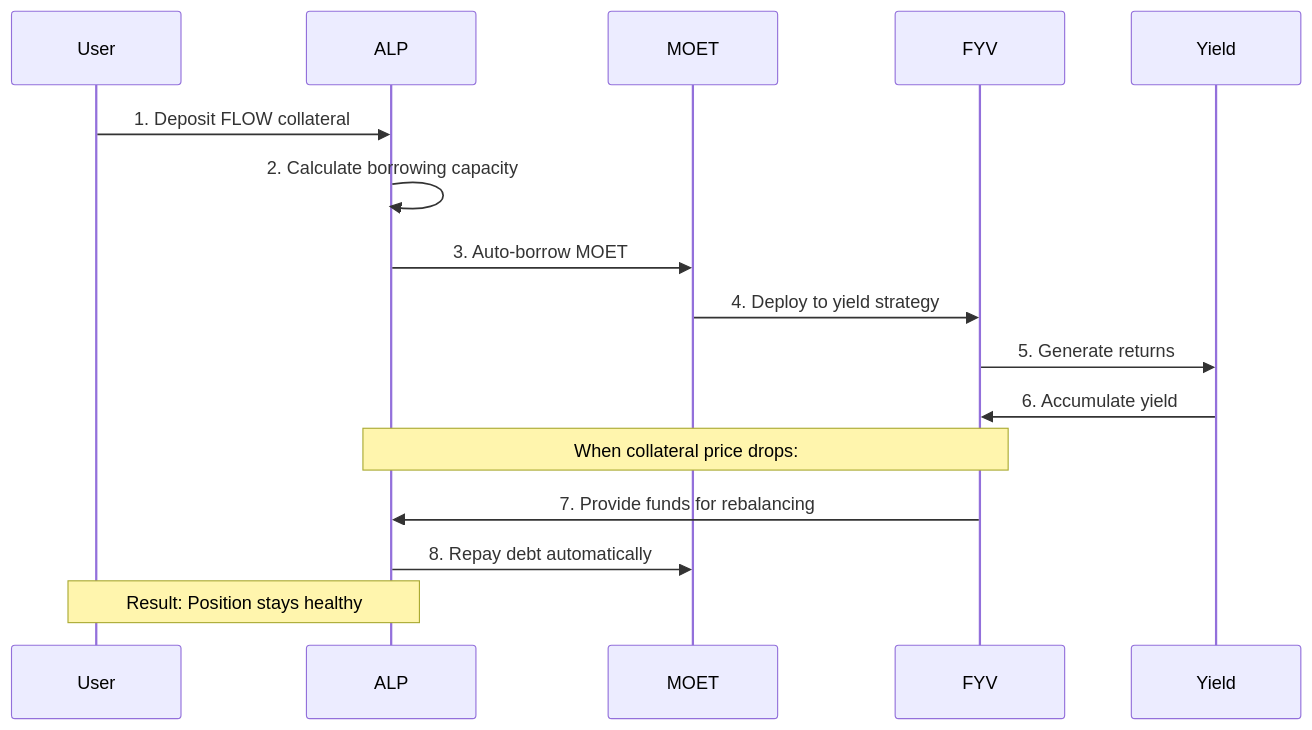
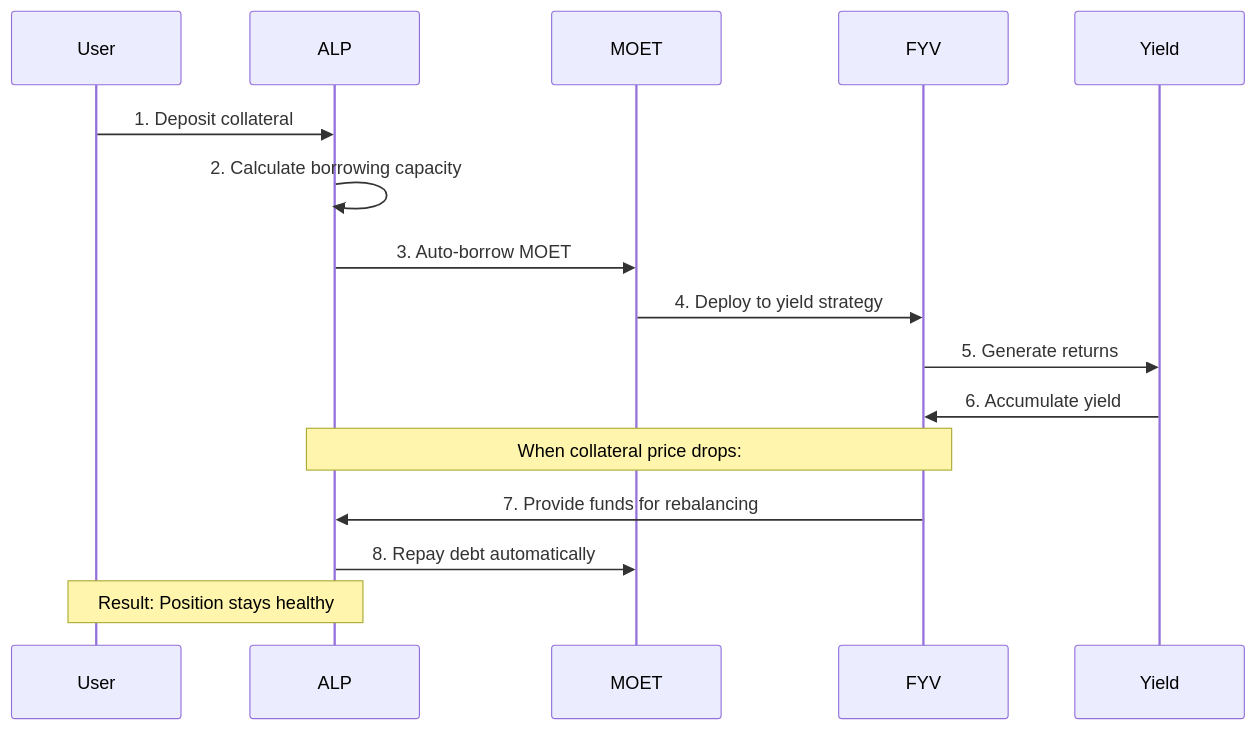
The second of 2 diagrams in docs/defi/fcm/index.md (onflow/docs), drawn with Mermaid before and after one commit. The commit also changed other lines of this file and 12 other files, not shown here.

````diff
--- a/docs/defi/fcm/index.md
+++ b/docs/defi/fcm/index.md
@@ -59,21 +59,21 @@
 ```mermaid
 sequenceDiagram
     participant User
     participant ALP
     participant MOET
     participant FYV
     participant Yield
 
-    User->>ALP: 1. Deposit FLOW collateral
+    User->>ALP: 1. Deposit collateral
     ALP->>ALP: 2. Calculate borrowing capacity
     ALP->>MOET: 3. Auto-borrow MOET
     MOET->>FYV: 4. Deploy to yield strategy
     FYV->>Yield: 5. Generate returns
     Yield->>FYV: 6. Accumulate yield
 
     Note over ALP,FYV: When collateral price drops:
     FYV->>ALP: 7. Provide funds for rebalancing
     ALP->>MOET: 8. Repay debt automatically
 
     Note over User,ALP: Result: Position stays healthy
 ```
````
